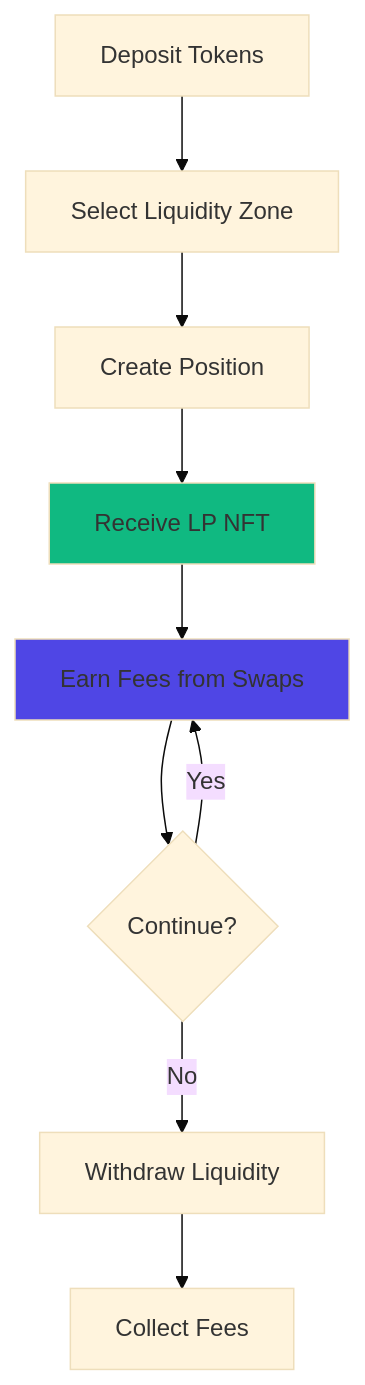
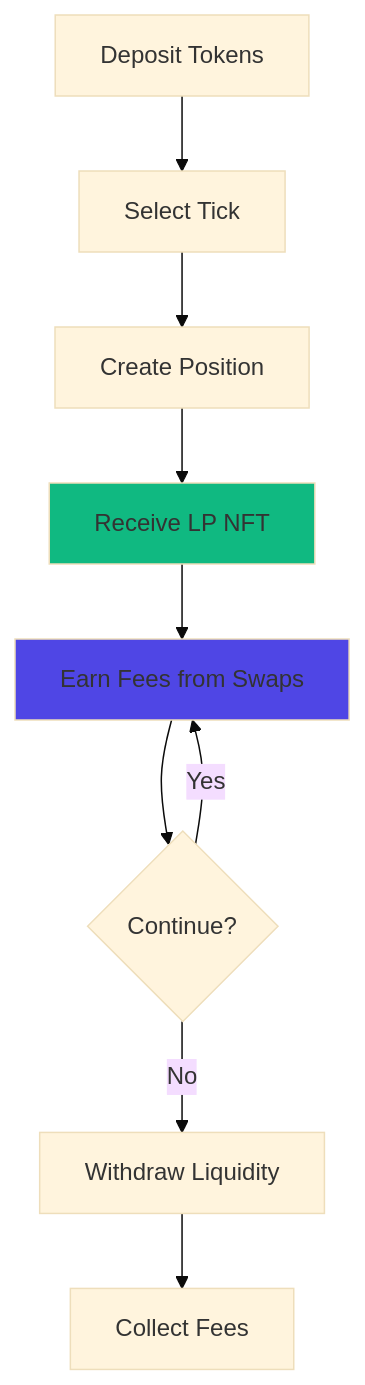
The diagram in landing/docs/dex/providing-liquidity.md (Mega-Fi/megafi-docs), drawn with Mermaid (base theme) before and after one commit. The commit also changed other lines of this file and 22 other files, not shown here.

Commit message:
Feat: add hedge references in Aauto-Pools, rename Liquidity Zone to Tick, rename MegaPool to Pool

````diff
--- a/landing/docs/dex/providing-liquidity.md
+++ b/landing/docs/dex/providing-liquidity.md
@@ -16,14 +16,14 @@
 ```mermaid
 graph TD
-    A[Deposit Tokens] --> B[Select Liquidity Zone]
+    A[Deposit Tokens] --> B[Select Tick]
     B --> C[Create Position]
     C --> D[Receive LP NFT]
     D --> E[Earn Fees from Swaps]
     E --> F{Continue?}
     F -->|Yes| E
     F -->|No| G[Withdraw Liquidity]
     G --> H[Collect Fees]
     
     style D fill:#10B981
     style E fill:#4F46E5
 ```
````
